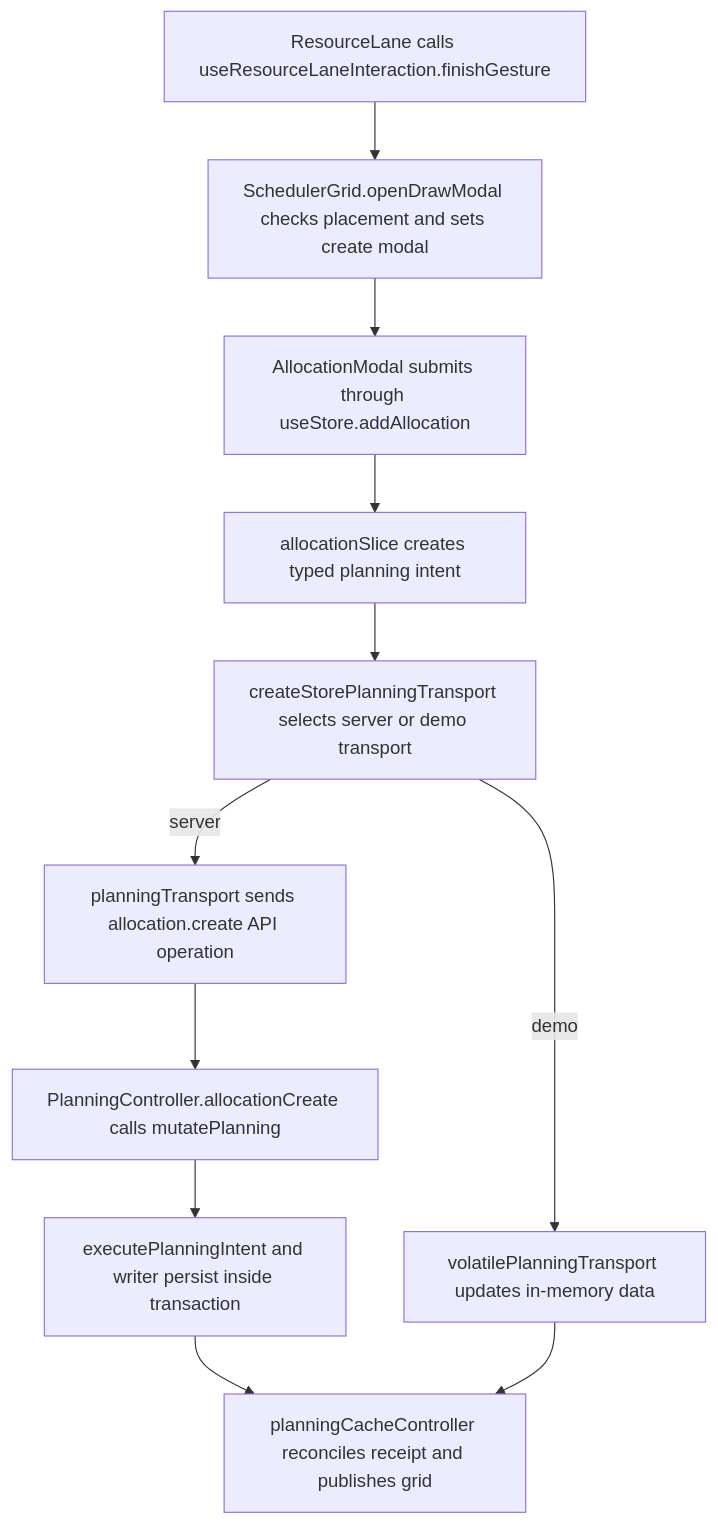
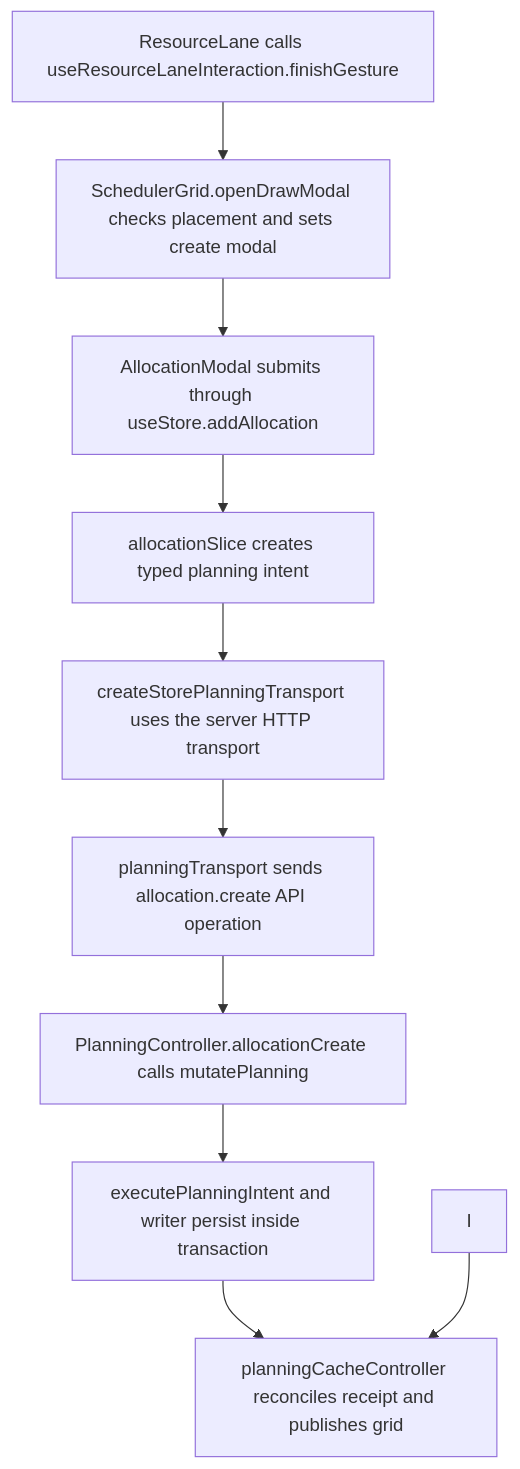
Before and after one commit to Kevinjohn/capacitylens: the second of 2 diagrams in user-stories/scheduler/US-SCH-02-draw-allocation.md, drawn with Mermaid. The commit also changed other lines of this file and 343 other files, not shown here.

Commit message:
feat: use server-owned company planning and a disposable development demo

````diff
--- a/user-stories/scheduler/US-SCH-02-draw-allocation.md
+++ b/user-stories/scheduler/US-SCH-02-draw-allocation.md
@@ -39,13 +39,12 @@
 ```mermaid
 flowchart TD
   A["ResourceLane calls useResourceLaneInteraction.finishGesture"] --> B["SchedulerGrid.openDrawModal checks placement and sets create modal"]
   B --> C["AllocationModal submits through useStore.addAllocation"]
   C --> D["allocationSlice creates typed planning intent"]
-  D --> E["createStorePlanningTransport selects server or demo transport"]
-  E -->|server| F["planningTransport sends allocation.create API operation"]
+  D --> E["createStorePlanningTransport uses the server HTTP transport"]
+  E --> F["planningTransport sends allocation.create API operation"]
   F --> G["PlanningController.allocationCreate calls mutatePlanning"]
   G --> H["executePlanningIntent and writer persist inside transaction"]
-  E -->|demo| I["volatilePlanningTransport updates in-memory data"]
   H --> J["planningCacheController reconciles receipt and publishes grid"]
   I --> J
 ```
````
